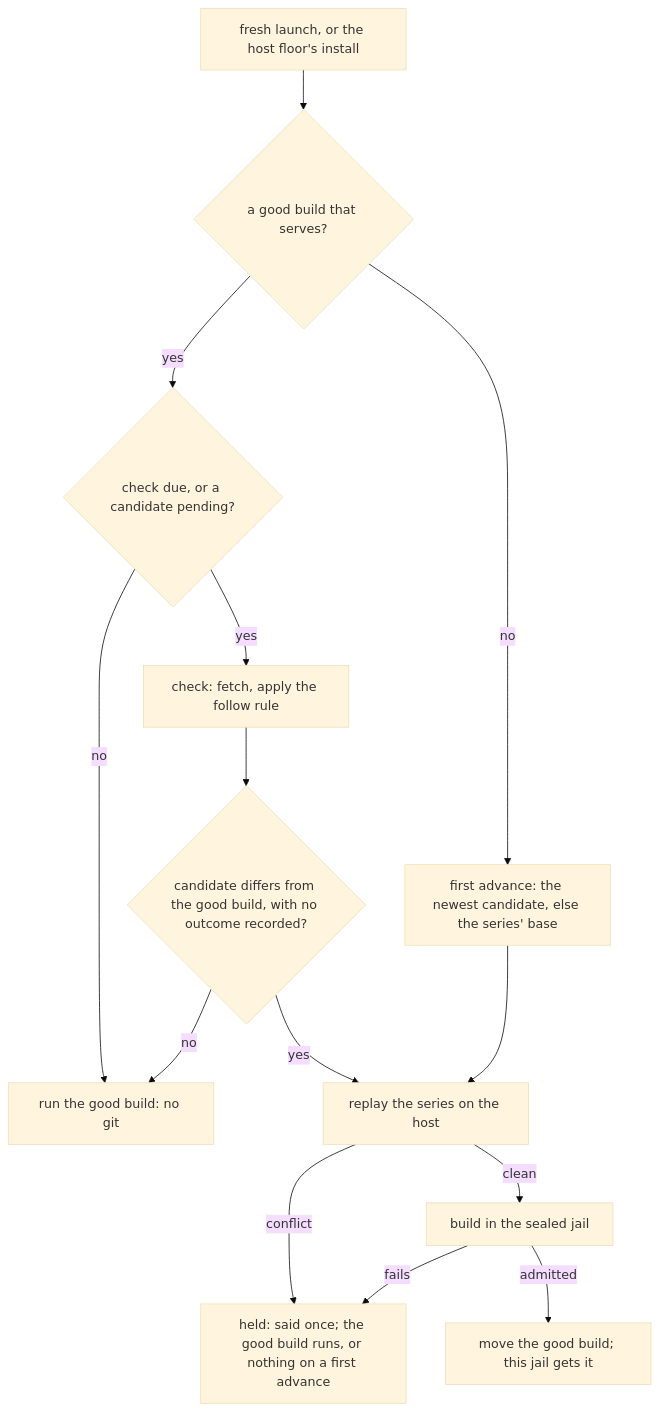
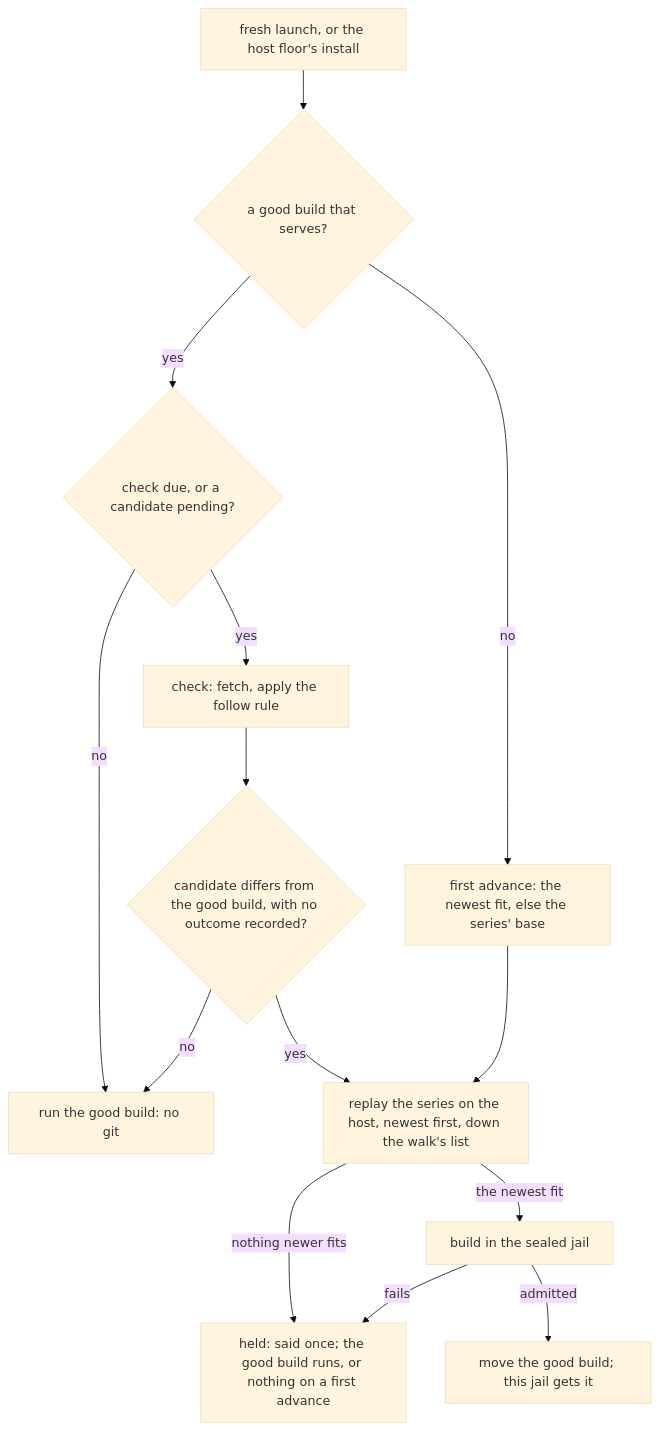
One commit to mschulkind-oss/yolo-jail changed the diagram in docs/design/patched-forks.md. Above: the diagram before and after it, drawn with Mermaid (base theme). The commit also changed other lines of this file and 4 other files, not shown here.

````diff
--- a/docs/design/patched-forks.md
+++ b/docs/design/patched-forks.md
@@ -682,16 +728,16 @@
 ```mermaid
 flowchart TD
   act["fresh launch, or the host floor's install"] --> good{"a good build that serves?"}
-  good -- "no" --> first["first advance: the newest candidate, else the series' base"]
+  good -- "no" --> first["first advance: the newest fit, else the series' base"]
   good -- "yes" --> due{"check due, or a candidate pending?"}
   due -- "no" --> serve["run the good build: no git"]
   due -- "yes" --> check["check: fetch, apply the follow rule"]
   check --> diff{"candidate differs from the good build, with no outcome recorded?"}
   diff -- "no" --> serve
-  diff -- "yes" --> replay["replay the series on the host"]
+  diff -- "yes" --> replay["replay the series on the host, newest first, down the walk's list"]
   first --> replay
-  replay -- "conflict" --> held["held: said once; the good build runs, or nothing on a first advance"]
-  replay -- "clean" --> build["build in the sealed jail"]
+  replay -- "nothing newer fits" --> held["held: said once; the good build runs, or nothing on a first advance"]
+  replay -- "the newest fit" --> build["build in the sealed jail"]
   build -- "fails" --> held
   build -- "admitted" --> move["move the good build; this jail gets it"]
 ```
````
